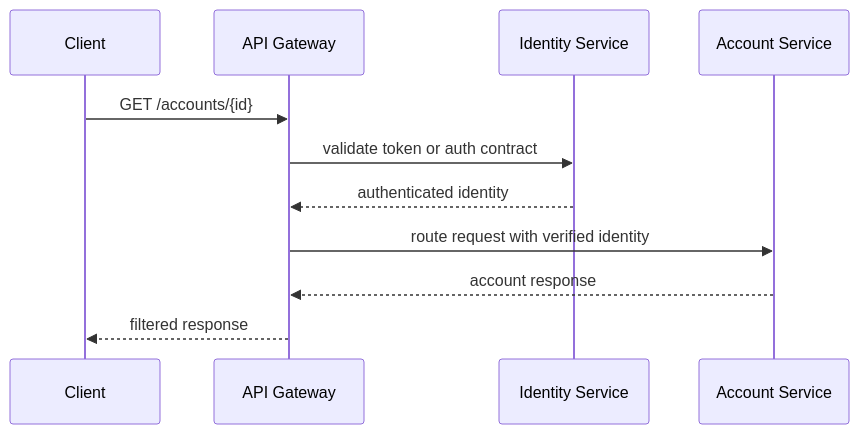
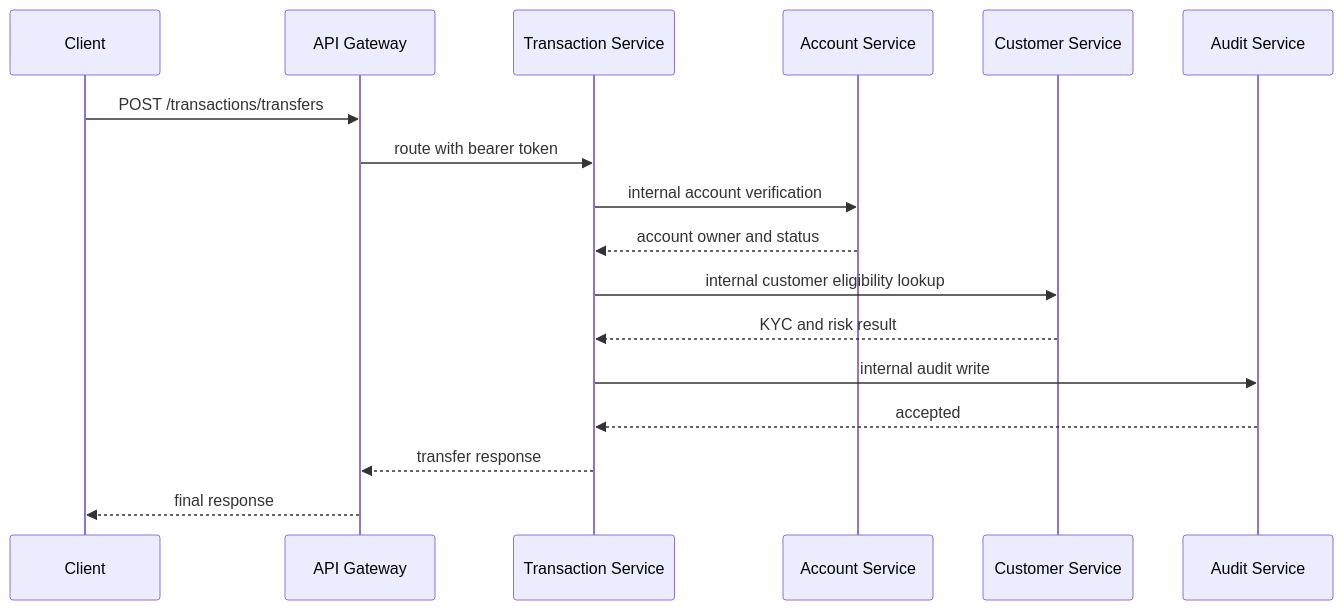
The second of 2 diagrams in docs/architecture/system-design.md (mrozmen7/gateway), drawn with Mermaid before and after one commit. The commit also changed other lines of this file and 34 other files, not shown here.

````diff
--- a/docs/architecture/system-design.md
+++ b/docs/architecture/system-design.md
@@ -40,14 +48,20 @@
 ```mermaid
 sequenceDiagram
     participant C as Client
     participant G as API Gateway
-    participant I as Identity Service
+    participant T as Transaction Service
     participant A as Account Service
+    participant U as Customer Service
+    participant D as Audit Service
 
-    C->>G: GET /accounts/{id}
-    G->>I: validate token or auth contract
-    I-->>G: authenticated identity
-    G->>A: route request with verified identity
-    A-->>G: account response
-    G-->>C: filtered response
+    C->>G: POST /transactions/transfers
+    G->>T: route with bearer token
+    T->>A: internal account verification
+    A-->>T: account owner and status
+    T->>U: internal customer eligibility lookup
+    U-->>T: KYC and risk result
+    T->>D: internal audit write
+    D-->>T: accepted
+    T-->>G: transfer response
+    G-->>C: final response
 ```
````
